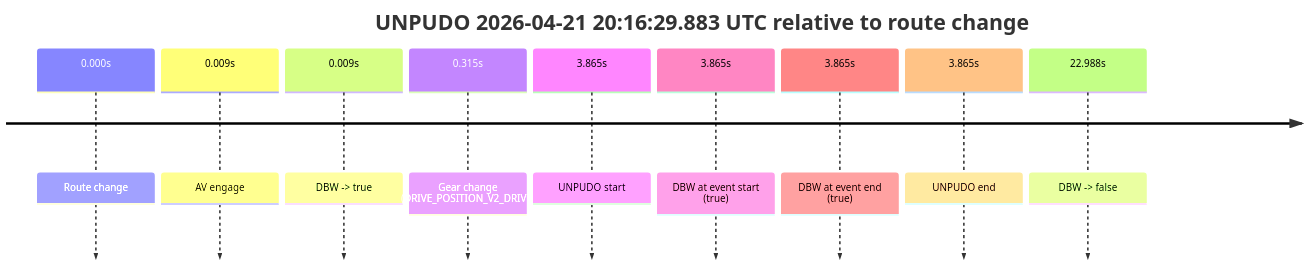
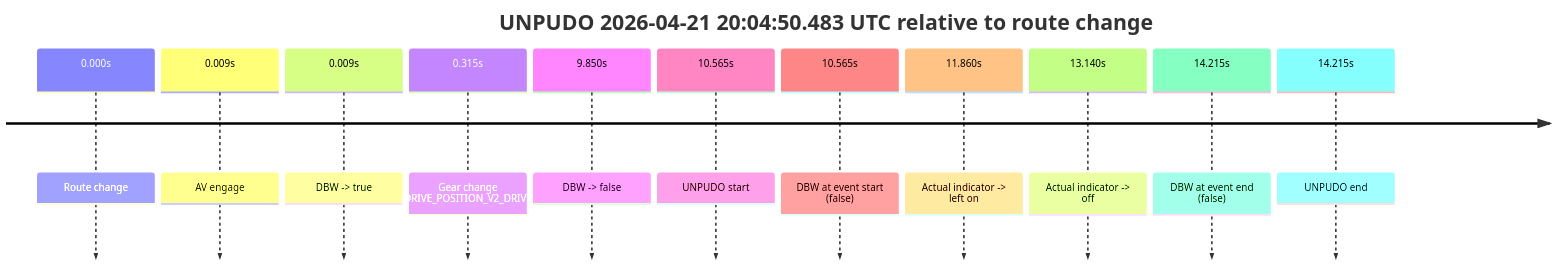
Before and after one commit to yoelshapiro/vault: the seventh of 12 diagrams in model_analysis/report_cards/2026/04/Week-4/fme10005--2026-04-21--19-22-29--gen2-av-317481e0-4c9f-4033-96a4-619458685d04.md, drawn with Mermaid. The commit also changed other lines of this file and 53 other files, not shown here.

````diff
--- a/model_analysis/report_cards/2026/04/Week-4/fme10005--2026-04-21--19-22-29--gen2-av-317481e0-4c9f-4033-96a4-619458685d04.md
+++ b/model_analysis/report_cards/2026/04/Week-4/fme10005--2026-04-21--19-22-29--gen2-av-317481e0-4c9f-4033-96a4-619458685d04.md
@@ -1138,13 +592,15 @@
 ```mermaid
 timeline
-    title UNPUDO 2026-04-21 20:16:29.883 UTC relative to route change
+    title UNPUDO 2026-04-21 20:04:50.483 UTC relative to route change
     0.000s : Route change
     0.009s : AV engage
     0.009s : DBW -> true
     0.315s : Gear change (DRIVE_POSITION_V2_DRIVE)
-    3.865s : UNPUDO start
-    3.865s : DBW at event start (true)
-    3.865s : DBW at event end (true)
-    3.865s : UNPUDO end
-    22.988s : DBW -> false
+    9.850s : DBW -> false
+    10.565s : UNPUDO start
+    10.565s : DBW at event start (false)
+    11.860s : Actual indicator -> left on
+    13.140s : Actual indicator -> off
+    14.215s : DBW at event end (false)
+    14.215s : UNPUDO end
 ```
````
